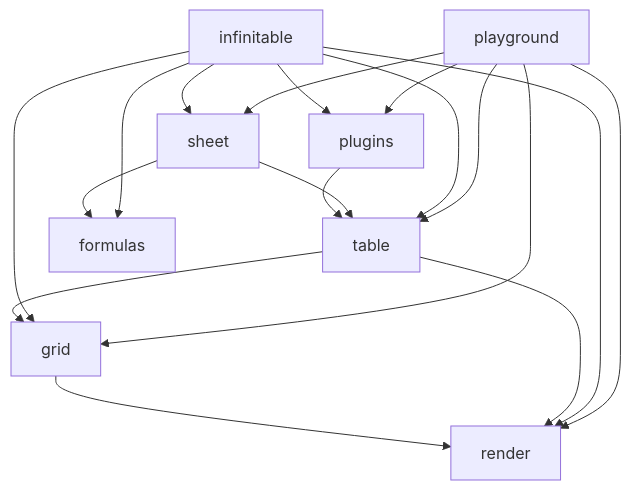
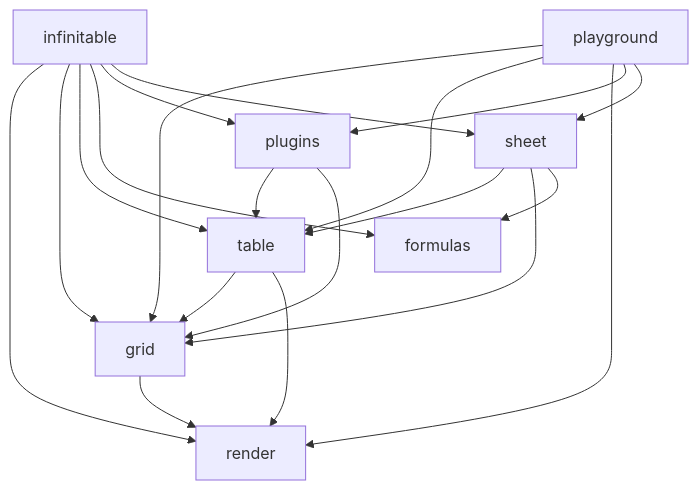
One commit to cabinet-fe/infinite-table changed the diagram in .agents/docs/CODE-MAP.md. Above: the diagram before and after it, drawn with Mermaid. The commit also changed other lines of this file and 43 other files, not shown here.

First line of the commit message:
refactor(consume): sheet/plugins/infinitable 消费面迁移至 grid+table

````diff
--- a/.agents/docs/CODE-MAP.md
+++ b/.agents/docs/CODE-MAP.md
@@ -76,20 +76,22 @@
 ```mermaid
 graph TD
     grid --> render
     table --> grid
     table --> render
     plugins --> table
+    plugins --> grid
     sheet --> table
+    sheet --> grid
     sheet --> formulas
     infinitable --> render
     infinitable --> grid
     infinitable --> table
     infinitable --> formulas
     infinitable --> plugins
     infinitable --> sheet
     playground --> grid
     playground --> table
     playground --> render
     playground --> plugins
     playground --> sheet
 ```
````
